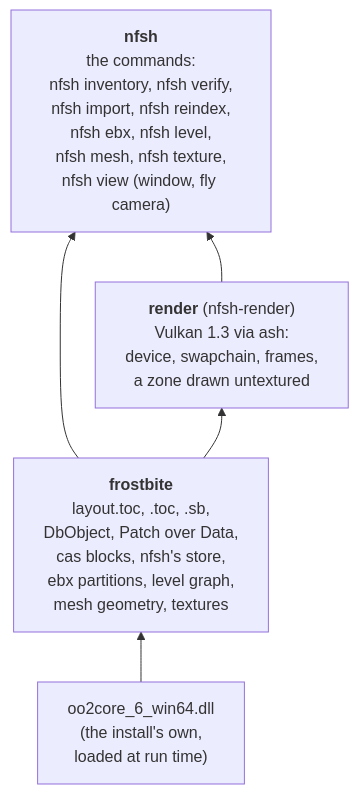
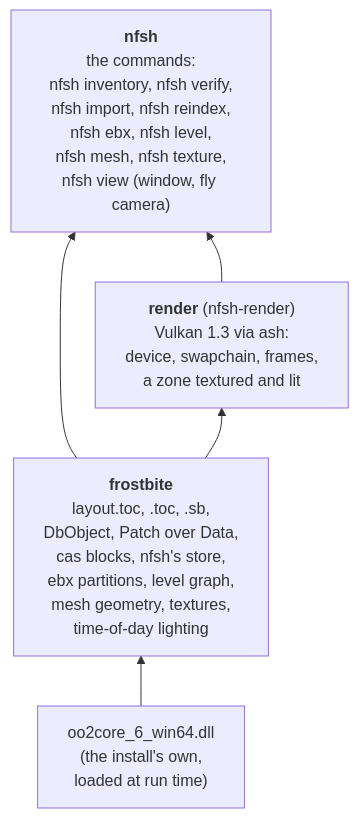
Before and after one commit to cmprssd/nfsh: the second of 4 diagrams in docs/OVERVIEW.md, drawn with Mermaid. The commit also changed other lines of this file and 19 other files, not shown here.

First line of the commit message:
feat: zone 495 textured and lit, with midday and tealnight; release 0.10.0 (#14)

````diff
--- a/docs/OVERVIEW.md
+++ b/docs/OVERVIEW.md
@@ -60,11 +60,11 @@
 ```mermaid
 flowchart BT
-    fb["<b>frostbite</b><br/>layout.toc, .toc, .sb,<br/>DbObject, Patch over Data,<br/>cas blocks, nfsh's store,<br/>ebx partitions, level graph,<br/>mesh geometry, textures"]
+    fb["<b>frostbite</b><br/>layout.toc, .toc, .sb,<br/>DbObject, Patch over Data,<br/>cas blocks, nfsh's store,<br/>ebx partitions, level graph,<br/>mesh geometry, textures,<br/>time-of-day lighting"]
     oo["oo2core_6_win64.dll<br/>(the install's own,<br/>loaded at run time)"]
-    render["<b>render</b> (nfsh-render)<br/>Vulkan 1.3 via ash:<br/>device, swapchain, frames,<br/>a zone drawn untextured"]
+    render["<b>render</b> (nfsh-render)<br/>Vulkan 1.3 via ash:<br/>device, swapchain, frames,<br/>a zone textured and lit"]
     app["<b>nfsh</b><br/>the commands:<br/>nfsh inventory, nfsh verify,<br/>nfsh import, nfsh reindex,<br/>nfsh ebx, nfsh level,<br/>nfsh mesh, nfsh texture,<br/>nfsh view (window, fly camera)"]
     oo --> fb
     fb --> render
     fb --> app
     render --> app
 ```
````
